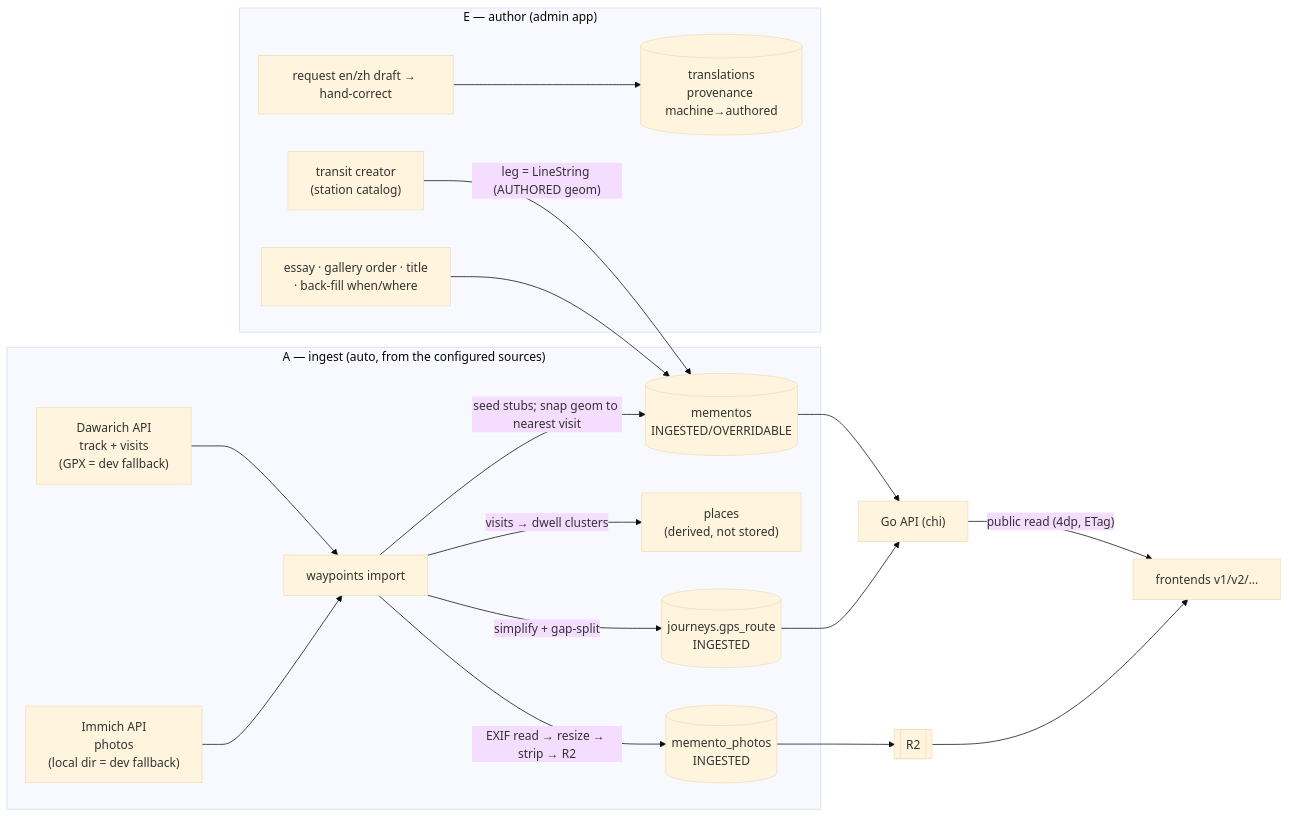
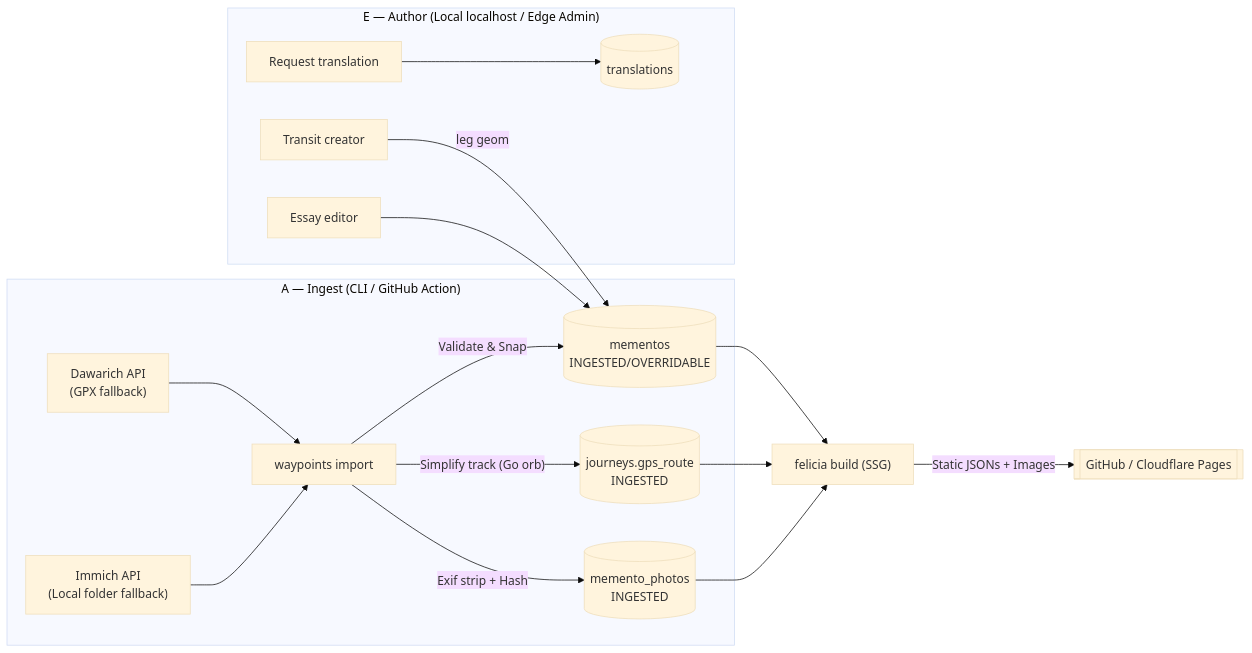
The second of 2 diagrams in docs/research/data-model.md (azusachino/felicia), drawn with Mermaid (base theme) before and after one commit. The commit also changed other lines of this file and 10 other files, not shown here.

Commit message:
docs: add backend plan revision, PG18 / SQLite schemas, and ADRs 0001-0008

````diff
--- a/docs/research/data-model.md
+++ b/docs/research/data-model.md
@@ -219,21 +329,19 @@
 ```mermaid
 flowchart LR
-  subgraph A["A — ingest (auto, from the configured sources)"]
-    daw["Dawarich API\ntrack + visits\n(GPX = dev fallback)"] --> imp["waypoints import"]
-    photos["Immich API\nphotos\n(local dir = dev fallback)"] --> imp
-    imp -->|"simplify + gap-split"| gr[("journeys.gps_route\nINGESTED")]
-    imp -->|"visits → dwell clusters"| pl["places\n(derived, not stored)"]
-    imp -->|"EXIF read → resize → strip → R2"| ph[("memento_photos\nINGESTED")]
-    imp -->|"seed stubs; snap geom to nearest visit"| mo[("mementos\nINGESTED/OVERRIDABLE")]
+  subgraph A["A — Ingest (CLI / GitHub Action)"]
+    daw["Dawarich API\n(GPX fallback)"] --> imp["waypoints import"]
+    photos["Immich API\n(Local folder fallback)"] --> imp
+    imp -->|"Simplify track (Go orb)"| gr[("journeys.gps_route\nINGESTED")]
+    imp -->|"Exif strip + Hash"| ph[("memento_photos\nINGESTED")]
+    imp -->|"Validate & Snap"| mo[("mementos\nINGESTED/OVERRIDABLE")]
   end
-  subgraph E["E — author (admin app)"]
-    tc["transit creator\n(station catalog)"] -->|"leg = LineString (AUTHORED geom)"| mo
-    au["essay · gallery order · title\n· back-fill when/where"] --> mo
-    tr["request en/zh draft → hand-correct"] --> tx[("translations\nprovenance machine→authored")]
+  subgraph E["E — Author (Local localhost / Edge Admin)"]
+    tc["Transit creator"] -->|"leg geom"| mo
+    au["Essay editor"] --> mo
+    tr["Request translation"] --> tx[("translations")]
   end
-  mo --> api["Go API (chi)"]
-  gr --> api
-  ph --> obj[["R2"]]
-  api -->|"public read (4dp, ETag)"| pub["frontends v1/v2/…"]
-  obj --> pub
+  mo --> compile["felicia build (SSG)"]
+  gr --> compile
+  ph --> compile
+  compile -->|"Static JSONs + Images"| static[["GitHub / Cloudflare Pages"]]
 ```
````
